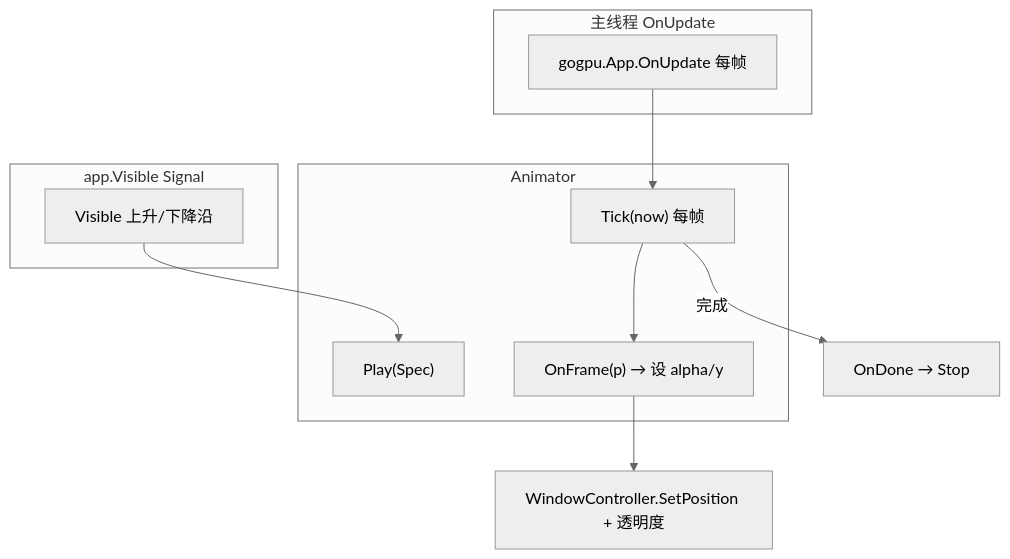
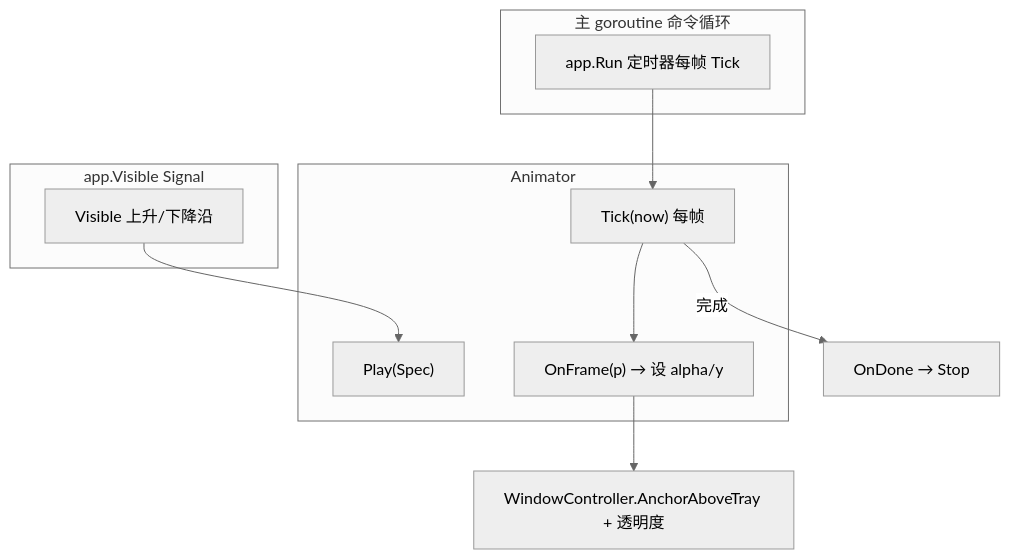
Before and after one commit to shaolei/DeskCalendar: the second of 4 diagrams in docs/90-UI/Animation.md, drawn with Mermaid (neutral theme). The commit also changed other lines of this file and 25 other files, not shown here.

````diff
--- a/docs/90-UI/Animation.md
+++ b/docs/90-UI/Animation.md
@@ -57,19 +57,19 @@
 ```mermaid
 flowchart TB
     subgraph ST["app.Visible Signal"]
         V["Visible 上升/下降沿"]
     end
     subgraph A["Animator"]
         Play["Play(Spec)"]
         Tick["Tick(now) 每帧"]
         Frame["OnFrame(p) → 设 alpha/y"]
     end
-    subgraph MAIN["主线程 OnUpdate"]
-        Loop["gogpu.App.OnUpdate 每帧"]
+    subgraph MAIN["主 goroutine 命令循环"]
+        Loop["app.Run 定时器每帧 Tick"]
     end
     V --> Play
     Loop --> Tick
     Tick --> Frame
-    Frame --> Win["WindowController.SetPosition + 透明度"]
+    Frame --> Win["WindowController.AnchorAboveTray + 透明度"]
     Tick -->|完成| Done["OnDone → Stop"]
 ```
````
